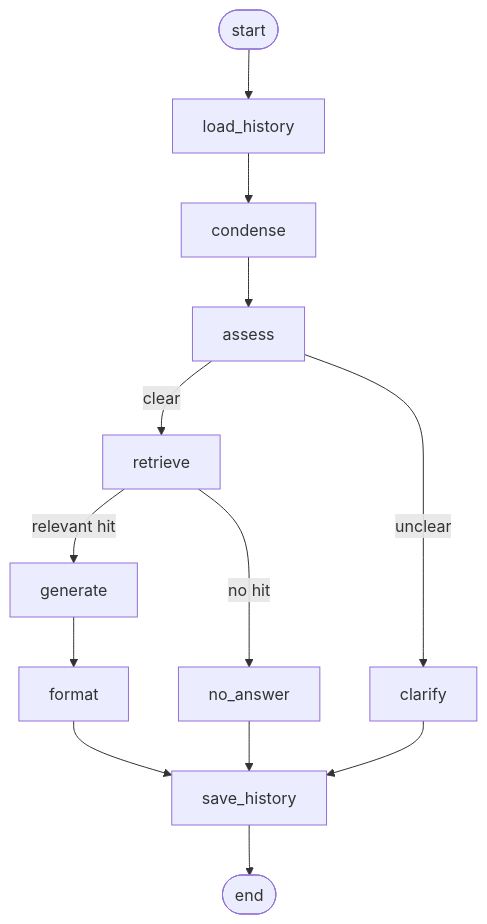
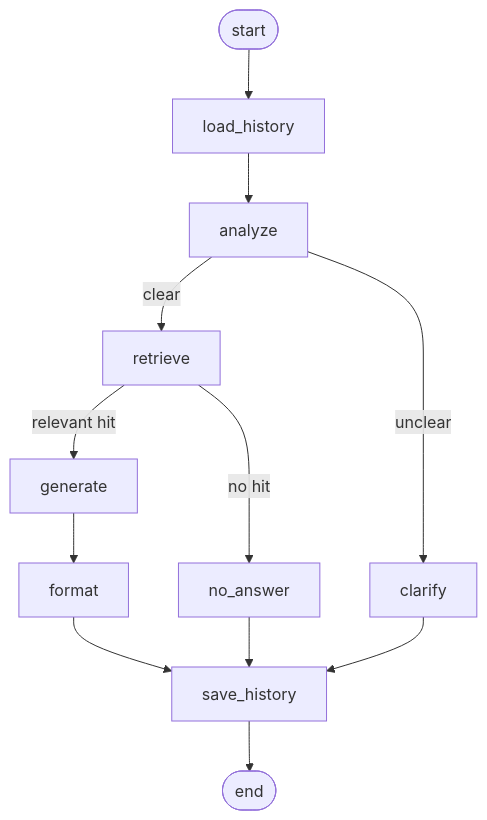
The second of 2 diagrams in README.md (Regdani/docuquery-rag-backend), drawn with Mermaid before and after one commit. The commit also changed other lines of this file and 23 other files, not shown here.

Commit message:
Refactor error handling, logging, and session management; enhance resilience and clarity in RAG flow

````diff
--- a/README.md
+++ b/README.md
@@ -267,15 +262,14 @@
 ```mermaid
 flowchart TD
     __start__([start]) --> load_history
-    load_history --> condense
-    condense --> assess
-    assess -- clear --> retrieve
-    assess -- unclear --> clarify
+    load_history --> analyze
+    analyze -- clear --> retrieve
+    analyze -- unclear --> clarify
     retrieve -- relevant hit --> generate
     retrieve -- no hit --> no_answer
     generate --> format
     format --> save_history
     clarify --> save_history
     no_answer --> save_history
     save_history --> __end__([end])
 ```
````
